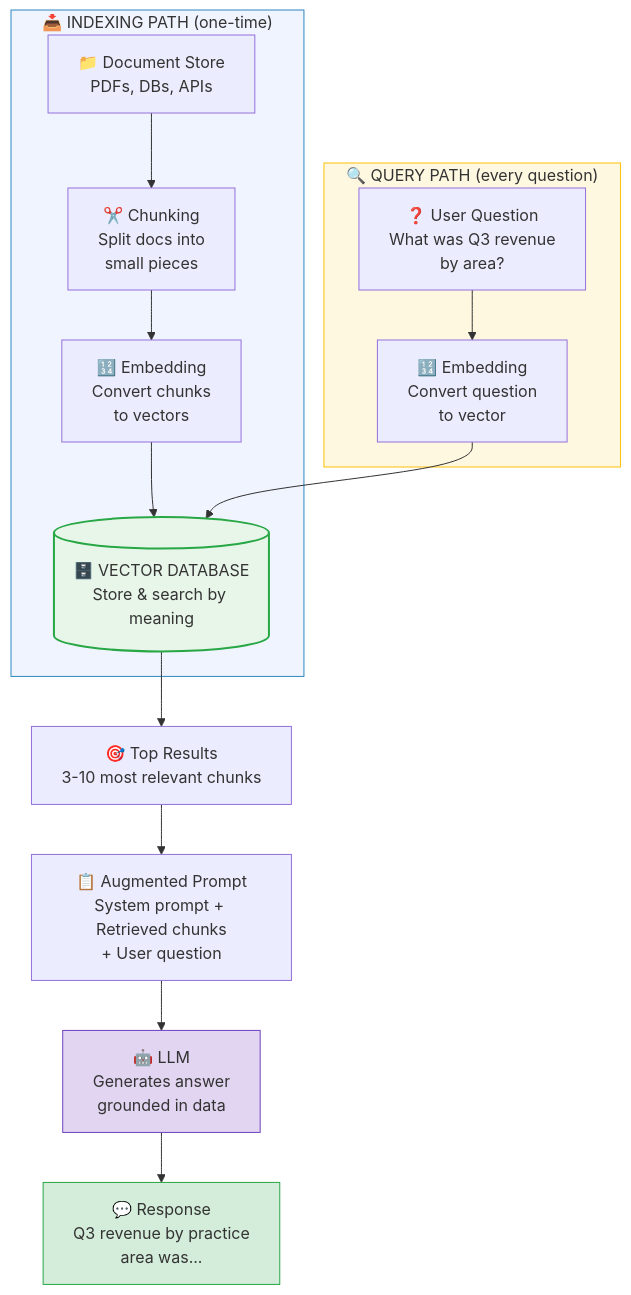
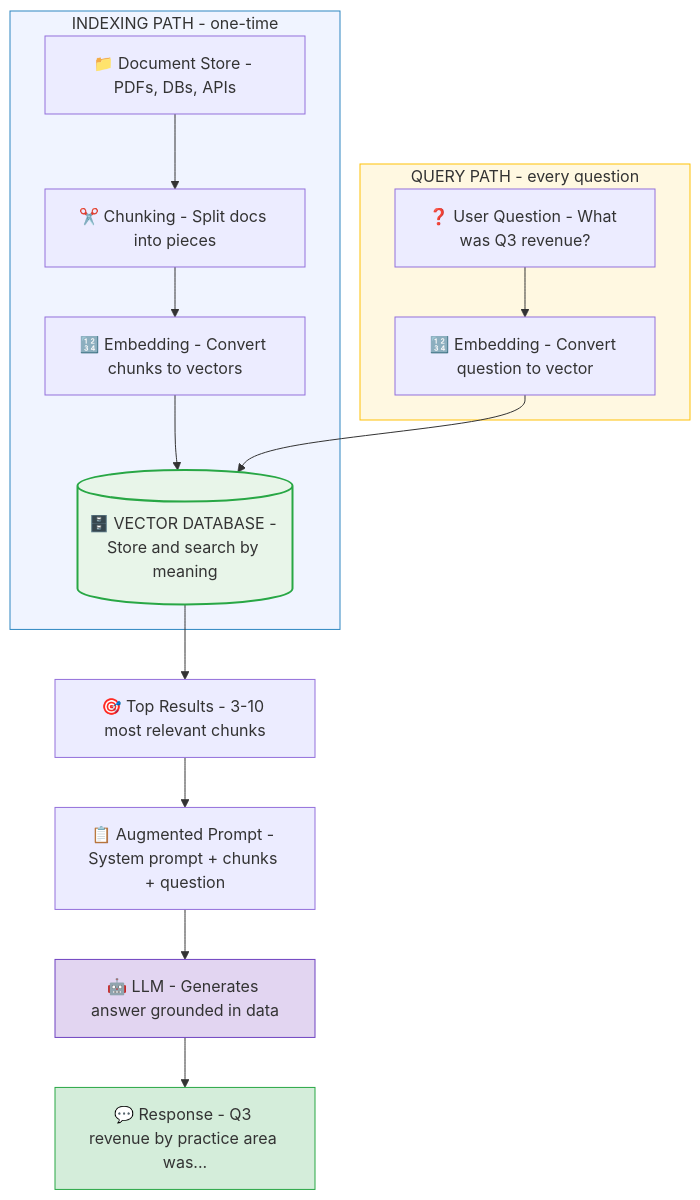
Before and after one commit to ithinktavo/GenAI-Engineering-Handbook: the third of 4 diagrams in docs/01-prompt-engineering-to-context-engineering.md, drawn with Mermaid. The commit also changed other lines of this file and 9 other files, not shown here.

First line of the commit message:
Fix Mermaid rendering: remove emoji from subgraph titles and unsupported syntax

````diff
--- a/docs/01-prompt-engineering-to-context-engineering.md
+++ b/docs/01-prompt-engineering-to-context-engineering.md
@@ -355,26 +355,26 @@
 ```mermaid
 graph TD
-    subgraph indexing["📥 INDEXING PATH (one-time)"]
-        D["📁 Document Store\nPDFs, DBs, APIs"] --> CH["✂️ Chunking\nSplit docs into\nsmall pieces"]
-        CH --> EMB1["🔢 Embedding\nConvert chunks\nto vectors"]
+    subgraph indexing["INDEXING PATH - one-time"]
+        D["📁 Document Store - PDFs, DBs, APIs"] --> CH["✂️ Chunking - Split docs into pieces"]
+        CH --> EMB1["🔢 Embedding - Convert chunks to vectors"]
         EMB1 --> VDB
     end
 
-    subgraph query["🔍 QUERY PATH (every question)"]
-        Q["❓ User Question\nWhat was Q3 revenue\nby area?"] --> EMB2["🔢 Embedding\nConvert question\nto vector"]
+    subgraph query["QUERY PATH - every question"]
+        Q["❓ User Question - What was Q3 revenue?"] --> EMB2["🔢 Embedding - Convert question to vector"]
         EMB2 --> VDB
     end
 
-    VDB[("🗄️ VECTOR DATABASE\nStore & search by meaning")]
+    VDB[("🗄️ VECTOR DATABASE - Store and search by meaning")]
 
-    VDB --> TOP["🎯 Top Results\n3-10 most relevant chunks"]
-    TOP --> AUG["📋 Augmented Prompt\nSystem prompt + Retrieved chunks\n+ User question"]
-    AUG --> LLM["🤖 LLM\nGenerates answer\ngrounded in data"]
-    LLM --> RESP["💬 Response\nQ3 revenue by practice\narea was..."]
+    VDB --> TOP["🎯 Top Results - 3-10 most relevant chunks"]
+    TOP --> AUG["📋 Augmented Prompt - System prompt + chunks + question"]
+    AUG --> LLM["🤖 LLM - Generates answer grounded in data"]
+    LLM --> RESP["💬 Response - Q3 revenue by practice area was..."]
 
     style indexing fill:#f0f4ff,stroke:#2E86C1
     style query fill:#fff8e1,stroke:#ffc107
     style VDB fill:#e8f5e9,stroke:#28a745,stroke-width:2px
     style LLM fill:#e2d5f1,stroke:#6f42c1
     style RESP fill:#d4edda,stroke:#28a745
 ```
````
